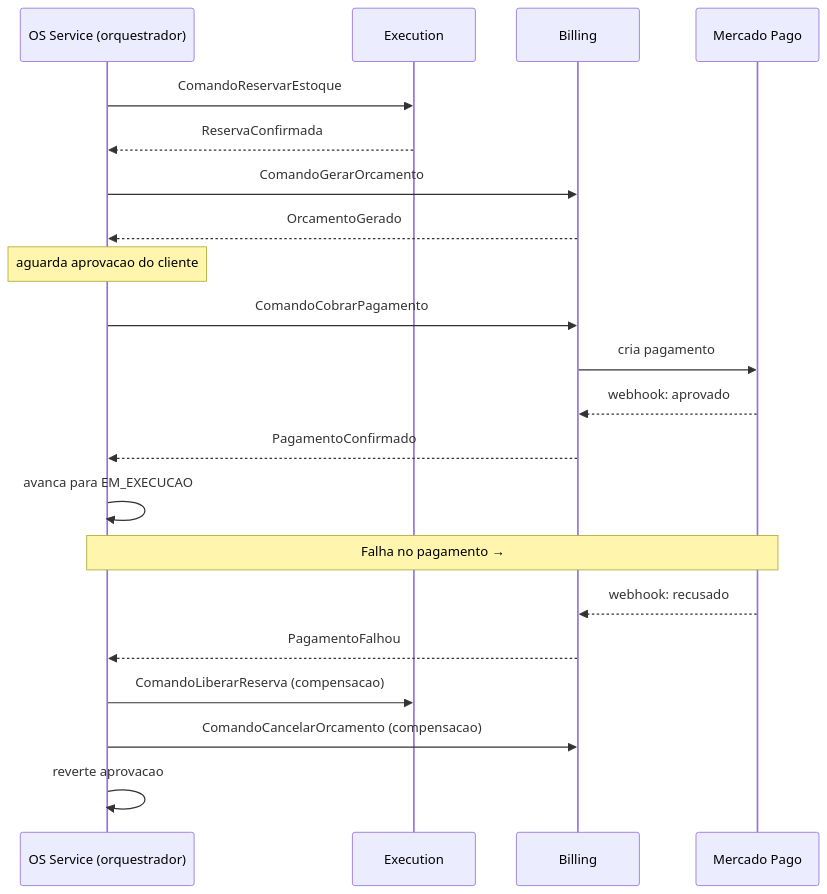
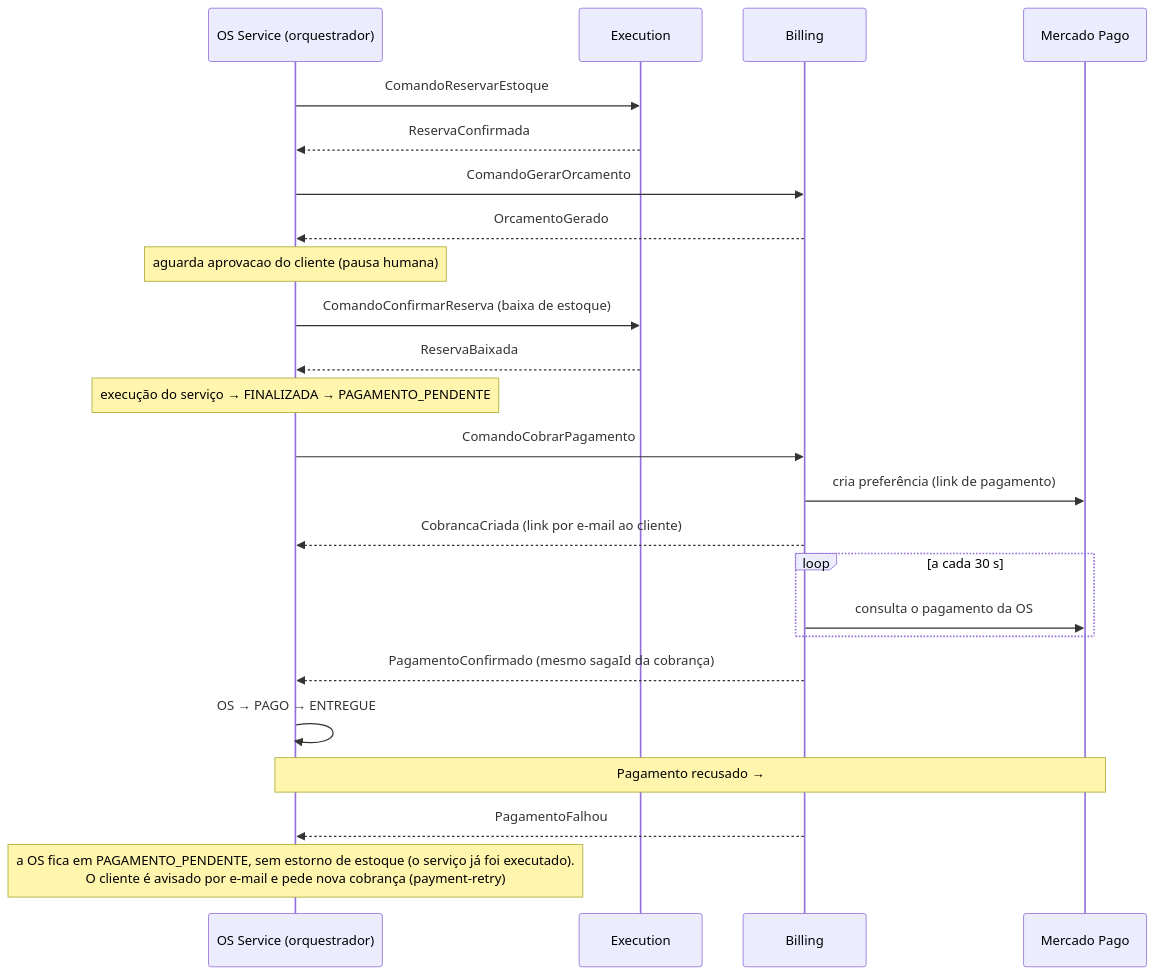
Before and after one commit to TechChalleng-FIAP-SOAT/workbench-technical-documentation: the second of 2 diagrams in 01 - Arquitetura/Arquitetura Alvo Microsservicos.md, drawn with Mermaid. The commit also changed other lines of this file and 12 other files, not shown here.

Commit message:
docs: alinha documentação ao comportamento atual (polling, e-mail, estorno, números)

````diff
--- a/01 - Arquitetura/Arquitetura Alvo Microsservicos.md
+++ b/01 - Arquitetura/Arquitetura Alvo Microsservicos.md
@@ -66,25 +66,28 @@
 ```mermaid
 sequenceDiagram
     participant OS as OS Service (orquestrador)
     participant EX as Execution
     participant BI as Billing
     participant MP as Mercado Pago
 
     OS->>EX: ComandoReservarEstoque
     EX-->>OS: ReservaConfirmada
     OS->>BI: ComandoGerarOrcamento
     BI-->>OS: OrcamentoGerado
-    Note over OS: aguarda aprovacao do cliente
+    Note over OS: aguarda aprovacao do cliente (pausa humana)
+    OS->>EX: ComandoConfirmarReserva (baixa de estoque)
+    EX-->>OS: ReservaBaixada
+    Note over OS: execução do serviço → FINALIZADA → PAGAMENTO_PENDENTE
     OS->>BI: ComandoCobrarPagamento
-    BI->>MP: cria pagamento
-    MP-->>BI: webhook: aprovado
-    BI-->>OS: PagamentoConfirmado
-    OS->>OS: avanca para EM_EXECUCAO
+    BI->>MP: cria preferência (link de pagamento)
+    BI-->>OS: CobrancaCriada (link por e-mail ao cliente)
+    loop a cada 30 s
+        BI->>MP: consulta o pagamento da OS
+    end
+    BI-->>OS: PagamentoConfirmado (mesmo sagaId da cobrança)
+    OS->>OS: OS → PAGO → ENTREGUE
 
-    Note over OS,MP: Falha no pagamento →
-    MP-->>BI: webhook: recusado
+    Note over OS,MP: Pagamento recusado →
     BI-->>OS: PagamentoFalhou
-    OS->>EX: ComandoLiberarReserva (compensacao)
-    OS->>BI: ComandoCancelarOrcamento (compensacao)
-    OS->>OS: reverte aprovacao
+    Note over OS: a OS fica em PAGAMENTO_PENDENTE, sem estorno de estoque (o serviço já foi executado).<br/>O cliente é avisado por e-mail e pede nova cobrança (payment-retry)
 ```
````
